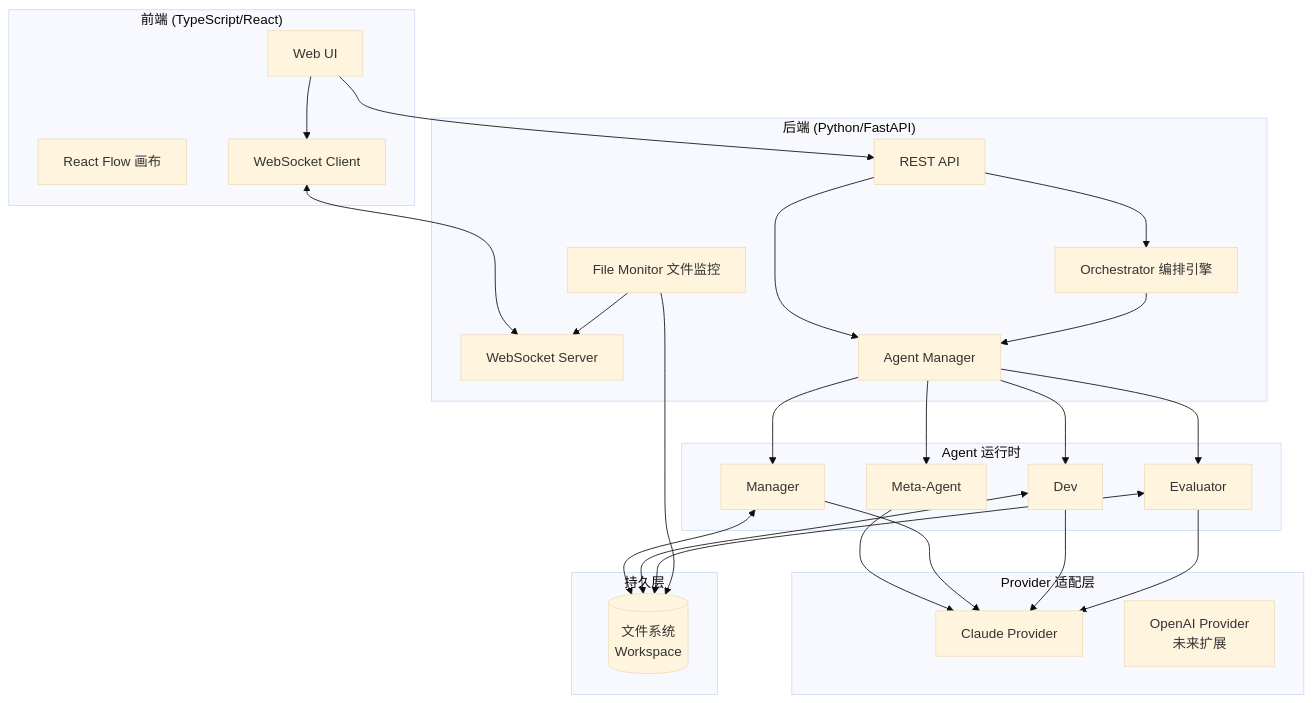
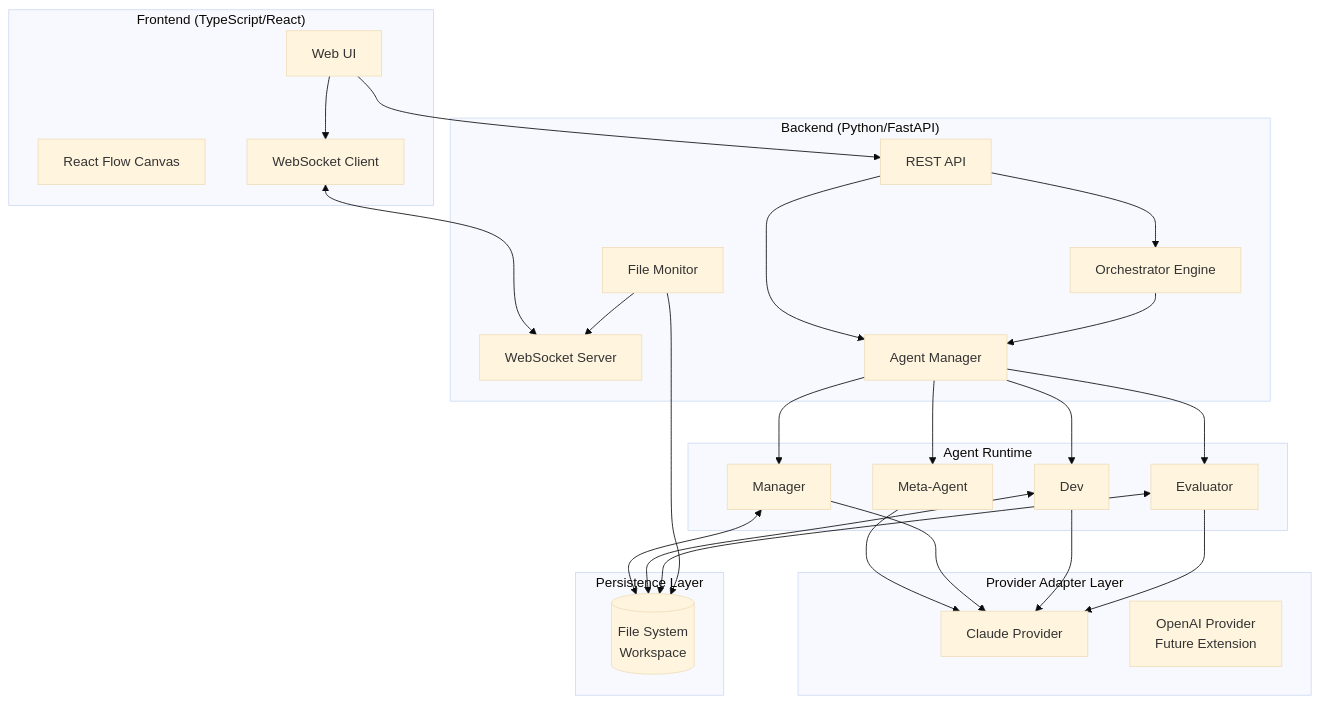
The seventh of 10 diagrams in docs/design.md (lchaoer/Polygents), drawn with Mermaid (base theme) before and after one commit. The commit also changed other lines of this file and 4 other files, not shown here.

````diff
--- a/docs/design.md
+++ b/docs/design.md
@@ -548,52 +548,52 @@
 ```mermaid
 graph TB
-    subgraph "前端 (TypeScript/React)"
+    subgraph "Frontend (TypeScript/React)"
         UI[Web UI]
-        RF[React Flow 画布]
+        RF[React Flow Canvas]
         WS_C[WebSocket Client]
     end
 
-    subgraph "后端 (Python/FastAPI)"
+    subgraph "Backend (Python/FastAPI)"
         API[REST API]
         WS_S[WebSocket Server]
-        ORCH[Orchestrator 编排引擎]
+        ORCH[Orchestrator Engine]
         AM[Agent Manager]
-        FM[File Monitor 文件监控]
+        FM[File Monitor]
     end
 
-    subgraph "Agent 运行时"
+    subgraph "Agent Runtime"
         MA[Meta-Agent]
         MG[Manager]
         DV[Dev]
         EV[Evaluator]
     end
 
-    subgraph "Provider 适配层"
+    subgraph "Provider Adapter Layer"
         CP[Claude Provider]
-        OP[OpenAI Provider<br/>未来扩展]
+        OP[OpenAI Provider<br/>Future Extension]
     end
 
-    subgraph "持久层"
-        FS[(文件系统<br/>Workspace)]
+    subgraph "Persistence Layer"
+        FS[(File System<br/>Workspace)]
     end
 
     UI --> API
     UI --> WS_C
     WS_C <--> WS_S
     API --> AM
     API --> ORCH
     AM --> MA
     AM --> MG
     AM --> DV
     AM --> EV
     ORCH --> AM
     MA --> CP
     MG --> CP
     DV --> CP
     EV --> CP
     MG <--> FS
     DV <--> FS
     EV <--> FS
     FM --> FS
     FM --> WS_S
 ```
````
